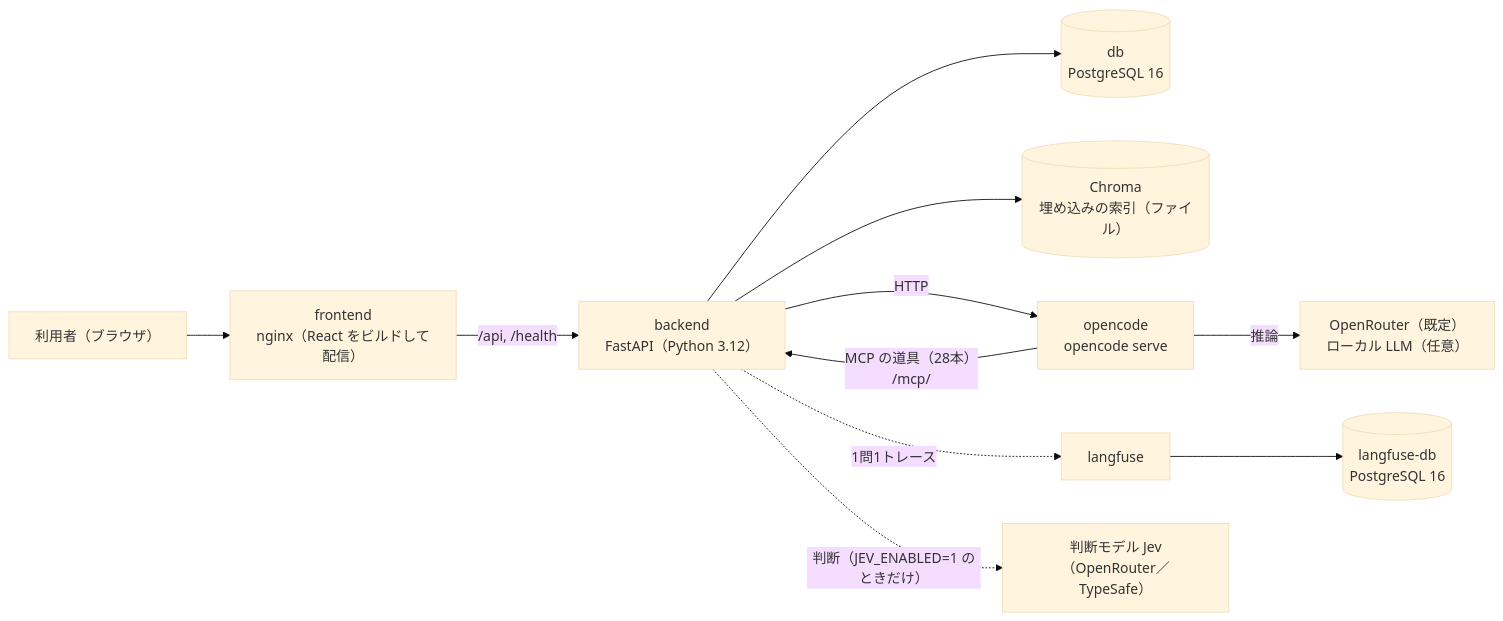
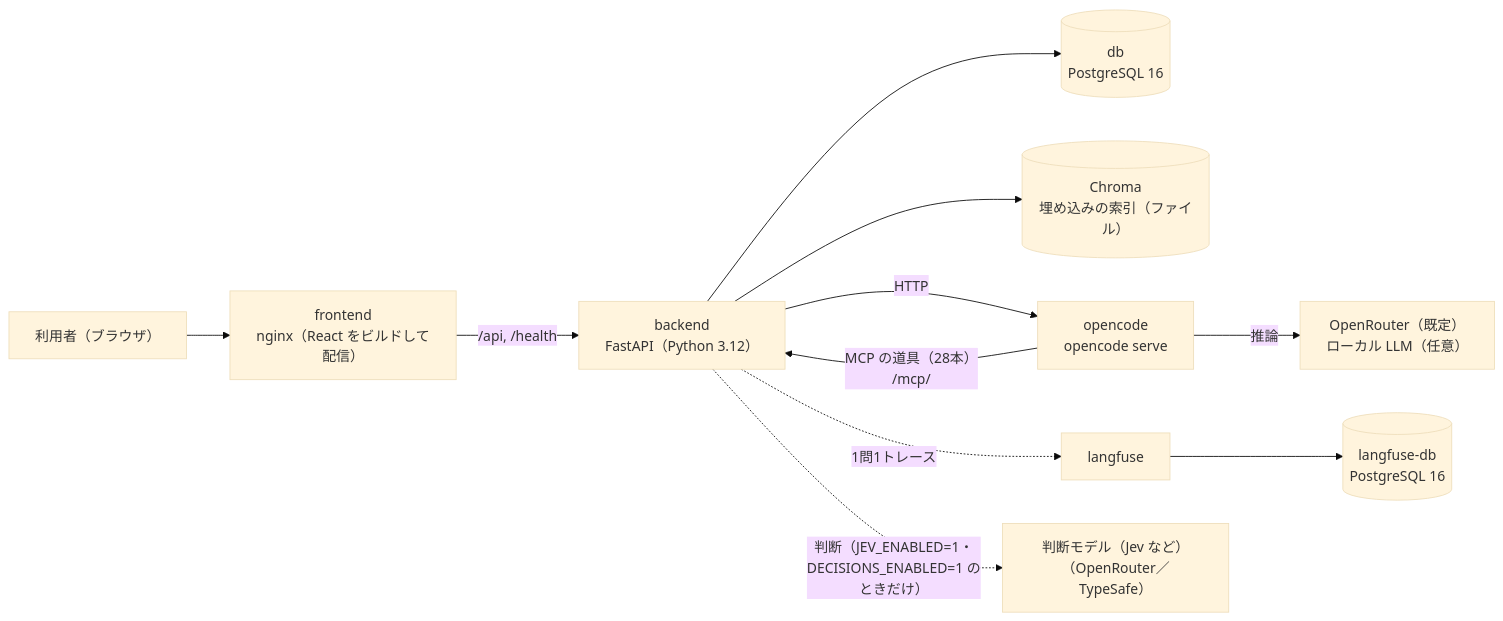
The diagram in docs/01_要件定義書.md (luvwinnie/2026_ai_seminar), drawn with Mermaid (base theme) before and after one commit. The commit also changed other lines of this file and 15 other files, not shown here.

````diff
--- a/docs/01_要件定義書.md
+++ b/docs/01_要件定義書.md
@@ -64,13 +64,13 @@
 ```mermaid
 flowchart LR
     U["利用者（ブラウザ）"] --> FE["frontend<br/>nginx（React をビルドして配信）"]
     FE -->|"/api, /health"| BE["backend<br/>FastAPI（Python 3.12）"]
     BE --> DB[("db<br/>PostgreSQL 16")]
     BE --> VX[("Chroma<br/>埋め込みの索引（ファイル）")]
     BE -->|"HTTP"| OC["opencode<br/>opencode serve"]
     OC -->|"推論"| LLM["OpenRouter（既定）<br/>ローカル LLM（任意）"]
     OC -->|"MCP の道具（28本）<br/>/mcp/"| BE
     BE -.->|"1問1トレース"| LF["langfuse"]
     LF --> LFDB[("langfuse-db<br/>PostgreSQL 16")]
-    BE -.->|"判断（JEV_ENABLED=1 のときだけ）"| JEV["判断モデル Jev<br/>（OpenRouter／TypeSafe）"]
+    BE -.->|"判断（JEV_ENABLED=1・DECISIONS_ENABLED=1 のときだけ）"| JEV["判断モデル（Jev など）<br/>（OpenRouter／TypeSafe）"]
 ```
````
